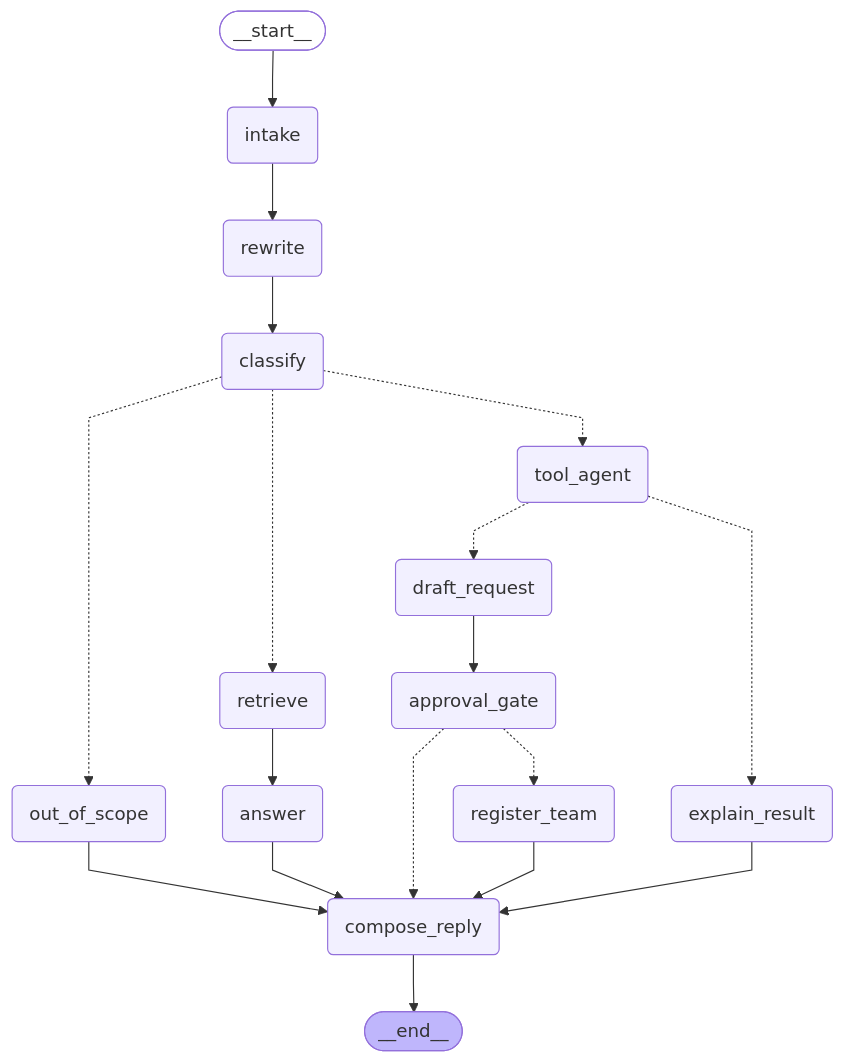
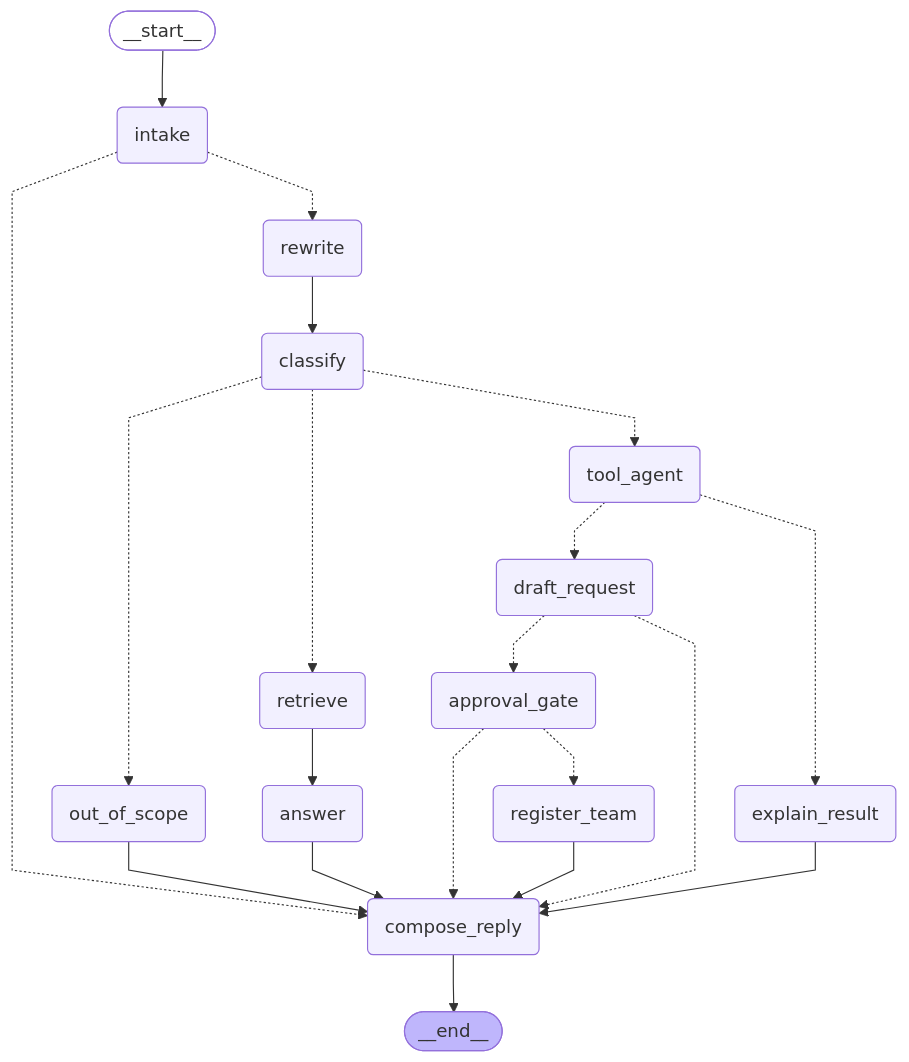
One commit to Panduu3163/FestGuide changed the diagram in docs/graph.md. Above: the diagram before and after it, drawn with Mermaid. The commit also changed 15 other files, not shown here.

Commit message:
M5: intake guardrails, interrupt() approval gate that survives restart, organizer terminal, real register_team

````diff
--- a/docs/graph.md
+++ b/docs/graph.md
@@ -3,43 +3,45 @@
 ```mermaid
 ---
 config:
   flowchart:
     curve: linear
 ---
 graph TD;
 	__start__([<p>__start__</p>]):::first
 	intake(intake)
 	rewrite(rewrite)
 	classify(classify)
 	retrieve(retrieve)
 	answer(answer)
 	tool_agent(tool_agent)
 	explain_result(explain_result)
 	draft_request(draft_request)
 	approval_gate(approval_gate)
 	register_team(register_team)
 	out_of_scope(out_of_scope)
 	compose_reply(compose_reply)
 	__end__([<p>__end__</p>]):::last
 	__start__ --> intake;
 	answer --> compose_reply;
 	approval_gate -.-> compose_reply;
 	approval_gate -.-> register_team;
 	classify -.-> out_of_scope;
 	classify -.-> retrieve;
 	classify -.-> tool_agent;
-	draft_request --> approval_gate;
+	draft_request -.-> approval_gate;
+	draft_request -.-> compose_reply;
 	explain_result --> compose_reply;
-	intake --> rewrite;
+	intake -.-> compose_reply;
+	intake -.-> rewrite;
 	out_of_scope --> compose_reply;
 	register_team --> compose_reply;
 	retrieve --> answer;
 	rewrite --> classify;
 	tool_agent -.-> draft_request;
 	tool_agent -.-> explain_result;
 	compose_reply --> __end__;
 	classDef default fill:#f2f0ff,line-height:1.2
 	classDef first fill-opacity:0
 	classDef last fill:#bfb6fc
 
 ```
````
